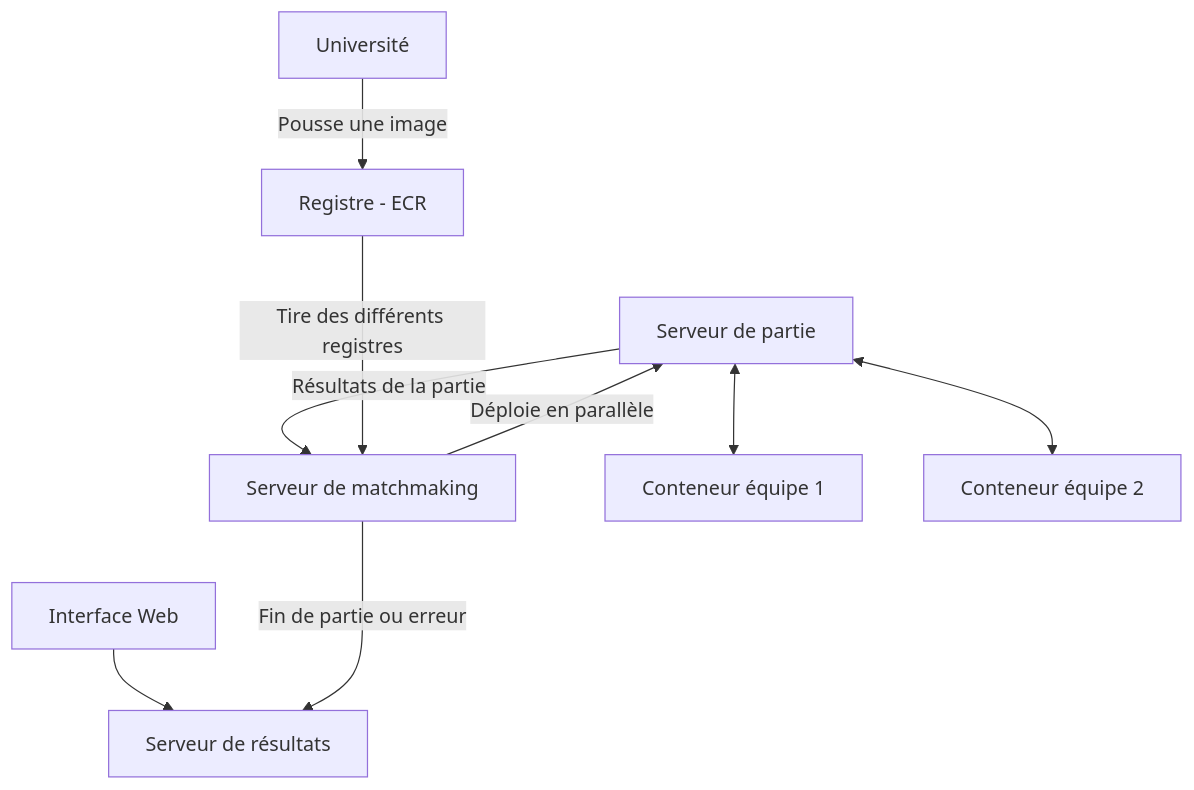
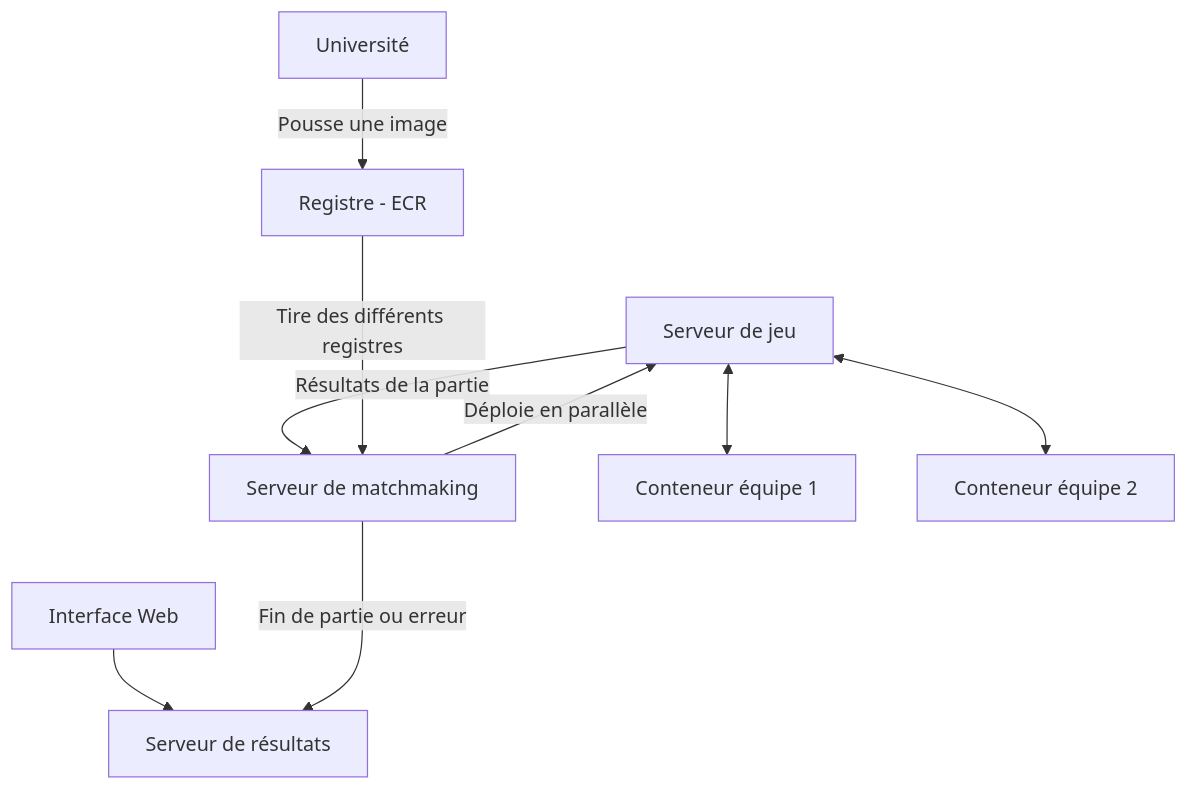
Before and after one commit to bourquejulien/cqi-2025: the diagram in cqi/public/README.md, drawn with Mermaid. The commit also changed other lines of this file, not shown here.

Commit message:
jeux -> jeu

````diff
--- a/cqi/public/README.md
+++ b/cqi/public/README.md
@@ -128,14 +128,14 @@
 ```mermaid
 graph TD
     B[Interface Web]
     B --> C[Serveur de résultats]
-    E[Serveur de partie]
+    E[Serveur de jeu]
     E -->|Résultats de la partie| I
     E <--> F[Conteneur équipe 1]
     E <--> G[Conteneur équipe 2]
     I[Serveur de matchmaking]
     I --->|Fin de partie ou erreur| C 
     I -->|Déploie en parallèle| E
     J[Registre - ECR] ---> |Tire des différents registres| I
     K[Université] -->|Pousse une image| J
 ```
````
